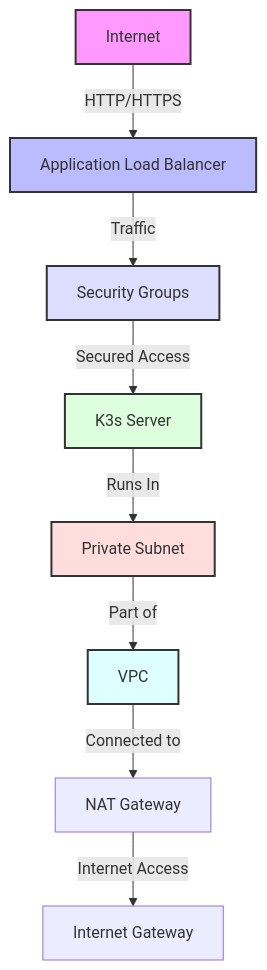
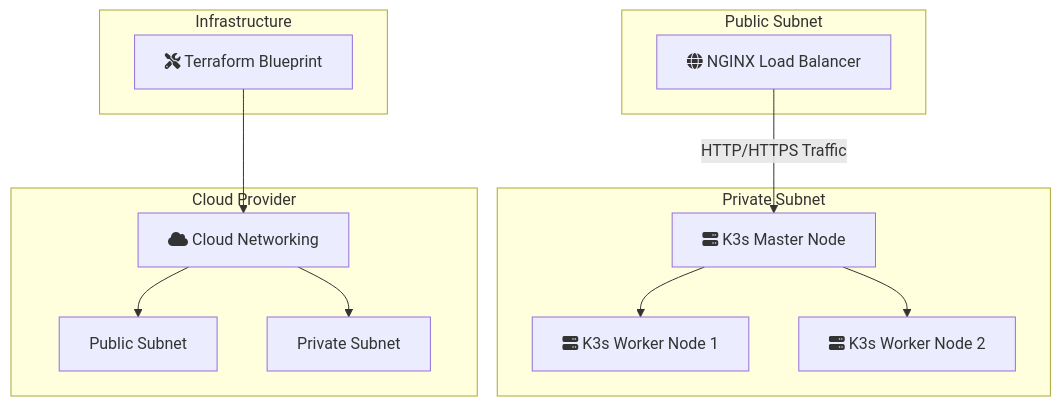
One commit to TheToriqul/k3s-aws-terraform changed the diagram in README.md. Above: the diagram before and after it, drawn with Mermaid.

Commit message:
readme updated

````diff
--- a/README.md
+++ b/README.md
@@ -17,17 +17,26 @@
 ```mermaid
 graph TD
-    A[Internet] -->|HTTP/HTTPS| B[Application Load Balancer]
-    B -->|Traffic| C[Security Groups]
-    C -->|Secured Access| D[K3s Server]
-    D -->|Runs In| E[Private Subnet]
-    E -->|Part of| F[VPC]
-    F -->|Connected to| G[NAT Gateway]
-    G -->|Internet Access| H[Internet Gateway]
+    subgraph Public Subnet
+        A[fa:fa-globe NGINX Load Balancer]
+    end
     
-    style A fill:#f9f,stroke:#333,stroke-width:2px
-    style B fill:#bbf,stroke:#333,stroke-width:2px
-    style C fill:#ddf,stroke:#333,stroke-width:2px
-    style D fill:#dfd,stroke:#333,stroke-width:2px
-    style E fill:#fdd,stroke:#333,stroke-width:2px
-    style F fill:#dff,stroke:#333,stroke-width:2px
+    subgraph Private Subnet
+        B1[fa:fa-server K3s Master Node]
+        B2[fa:fa-server K3s Worker Node 1]
+        B3[fa:fa-server K3s Worker Node 2]
+    end
+    
+    subgraph Infrastructure
+        T[fa:fa-tools Terraform Blueprint]
+    end
+
+    subgraph Cloud Provider
+        T --> I1[fa:fa-cloud Cloud Networking] 
+        I1 --> PublicSubnet[Public Subnet]
+        I1 --> PrivateSubnet[Private Subnet]
+    end
+
+    A -->|HTTP/HTTPS Traffic| B1
+    B1 --> B2
+    B1 --> B3
 ```
````
